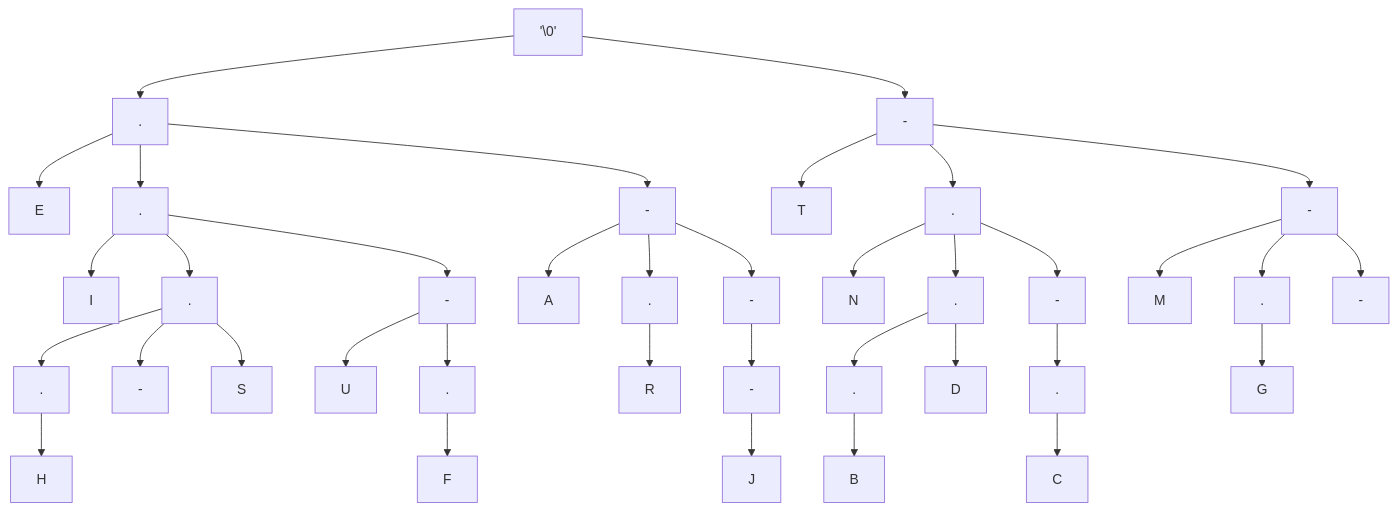
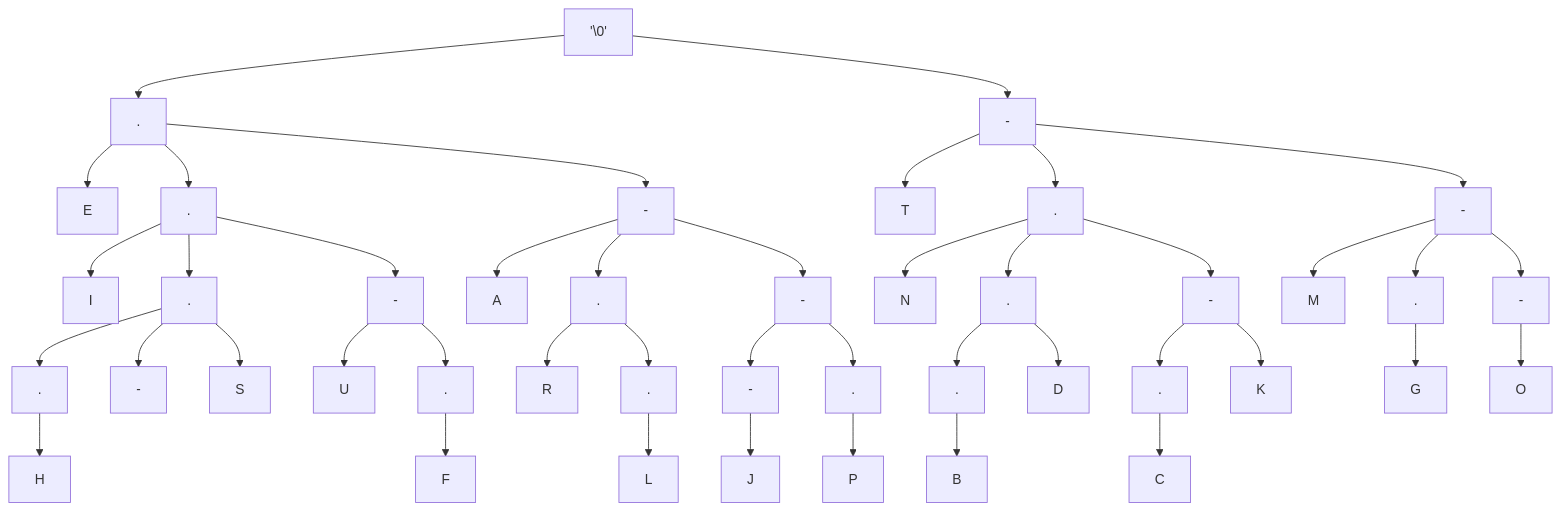
Before and after one commit to mmcnally1/arduino-projects: the second of 2 diagrams in morse-code/README.md, drawn with Mermaid.

````diff
--- a/morse-code/README.md
+++ b/morse-code/README.md
@@ -27,39 +27,45 @@
 ```mermaid
 graph TD;
 A['\0'] --> B[.]
 A['\0'] --> H[-]
 B[.] --> C[E]
 B[.] --> D[.]
 D[.] --> E[I]
 B[.] --> F[-]
 F[-] --> G[A]
 H[-] --> I[T]
 H[-] --> J[.]
 J[.] --> K[N]
 H[-] --> L[-]
 L[-] --> M[M]
 D[.] --> N[.]
 D[.] --> O[-]
 L[-] --> P[.]
 L[-] --> Q[-]
 F[-] --> R[.]
 F[-] --> S[-]
 N[.] --> T[.]
 N[.] --> U[-]
 N[.] --> V[S]
 J[.] --> W[.]
 J[.] --> X[-]
 O[-] --> Y[U]
 R[.] --> Z[R]
 W[.] --> AA[.]
 AA[.] --> AB[B]
 X[-] --> AC[.]
 AC[.] --> AD[C]
 W[.] --> AE[D]
 O[-] --> AF[.]
 AF[.] --> AG[F]
 P[.] --> AH[G]
 T[.] --> AI[H]
 S[-] --> AJ[-]
-AJ[-] --> Ak[J]
+AJ[-] --> AK[J]
+X[-] --> AL[K]
+R[.] --> AM[.]
+AM[.] --> AN[L]
+Q[-] --> AO[O]
+S[-] --> AP[.]
+AP[.] --> AQ[P]
 ```
````
